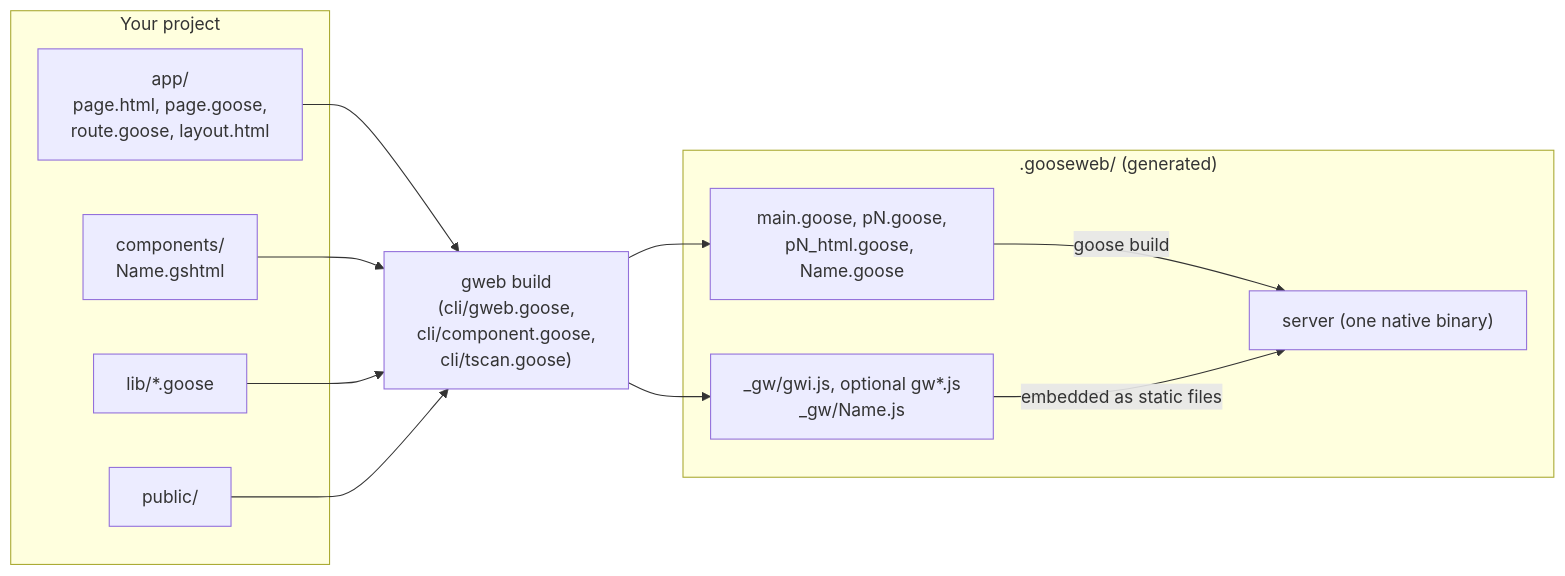
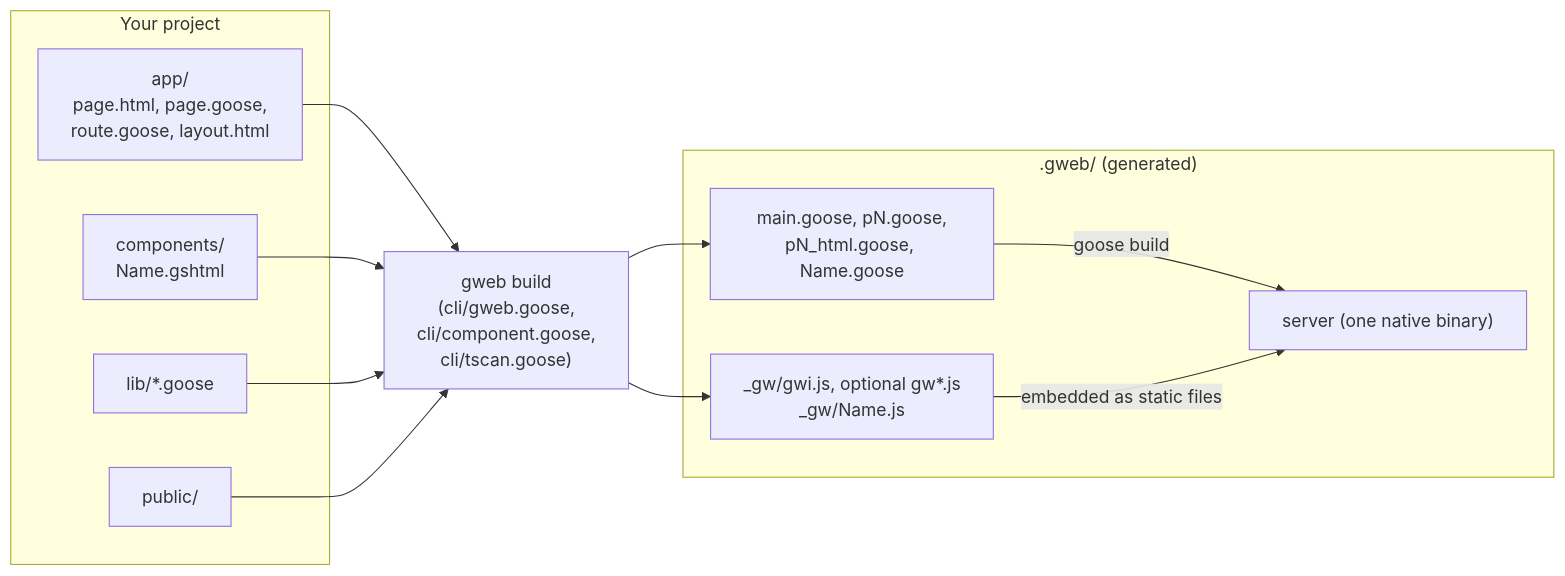
The first of 5 diagrams in docs/ARCHITECTURE.md (josephheinz/goose-web), drawn with Mermaid before and after one commit. The commit also changed other lines of this file and 61 other files, not shown here.

Commit message:
Rename .gooseweb* paths to .gweb*

````diff
--- a/docs/ARCHITECTURE.md
+++ b/docs/ARCHITECTURE.md
@@ -25,26 +25,26 @@
 ```mermaid
 flowchart LR
     subgraph Project["Your project"]
         app["app/<br/>page.html, page.goose,<br/>route.goose, layout.html"]
         comps["components/<br/>Name.gshtml"]
         lib["lib/*.goose"]
         pub["public/"]
     end
 
     gweb["gweb build<br/>(cli/gweb.goose,<br/>cli/component.goose,<br/>cli/tscan.goose)"]
 
-    subgraph Out[".gooseweb/ (generated)"]
+    subgraph Out[".gweb/ (generated)"]
         gen["main.goose, pN.goose,<br/>pN_html.goose, Name.goose"]
         js["_gw/gwi.js, optional gw*.js<br/>_gw/Name.js"]
         bin["server (one native binary)"]
     end
 
     app --> gweb
     comps --> gweb
     lib --> gweb
     pub --> gweb
     gweb --> gen
     gweb --> js
     gen -->|goose build| bin
     js -->|embedded as static files| bin
 ```
````
